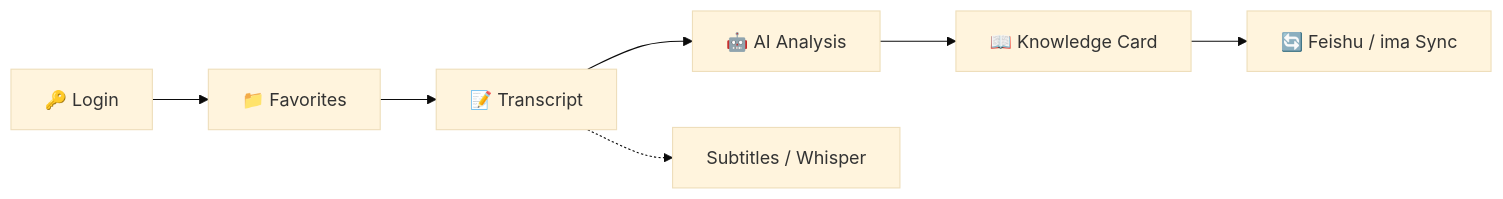
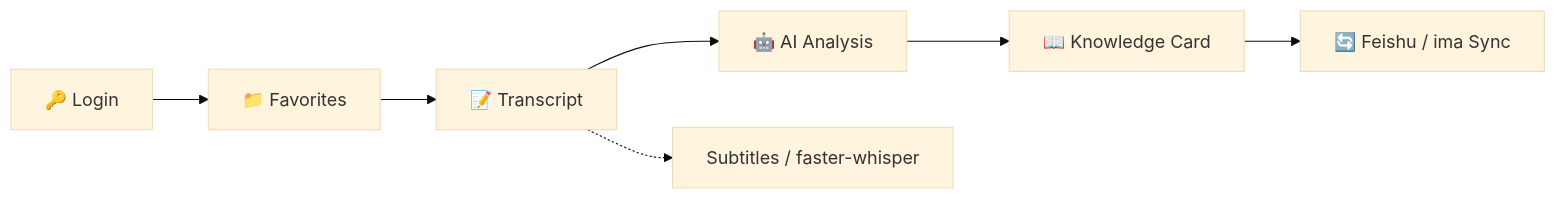
Before and after one commit to YAHU2024/Unarchive: the second of 2 diagrams in README.md, drawn with Mermaid (base theme). The commit also changed other lines of this file and 5 other files, not shown here.

````diff
--- a/README.md
+++ b/README.md
@@ -139,9 +148,9 @@
 ```mermaid
 graph LR
     A["🔑 Login"] --> B["📁 Favorites"]
     B --> C["📝 Transcript"]
     C --> D["🤖 AI Analysis"]
     D --> E["📖 Knowledge Card"]
     E --> F["🔄 Feishu / ima Sync"]
-    C -.-> C1["Subtitles / Whisper"]
+    C -.-> C1["Subtitles / faster-whisper"]
 ```
````
